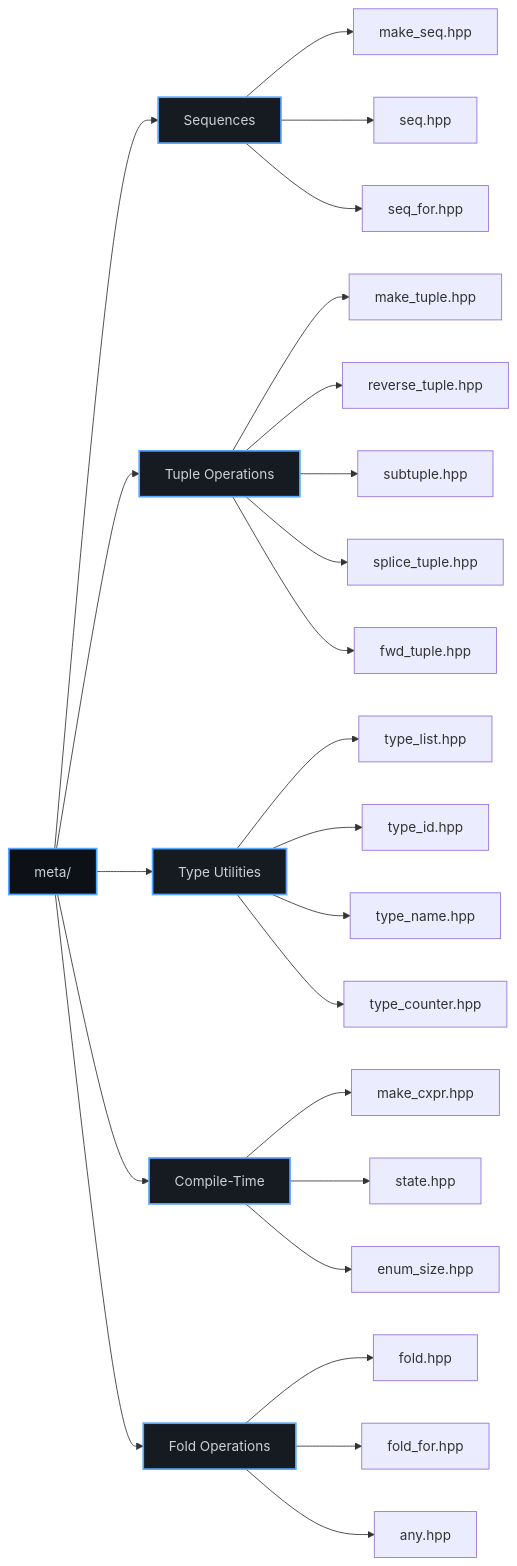
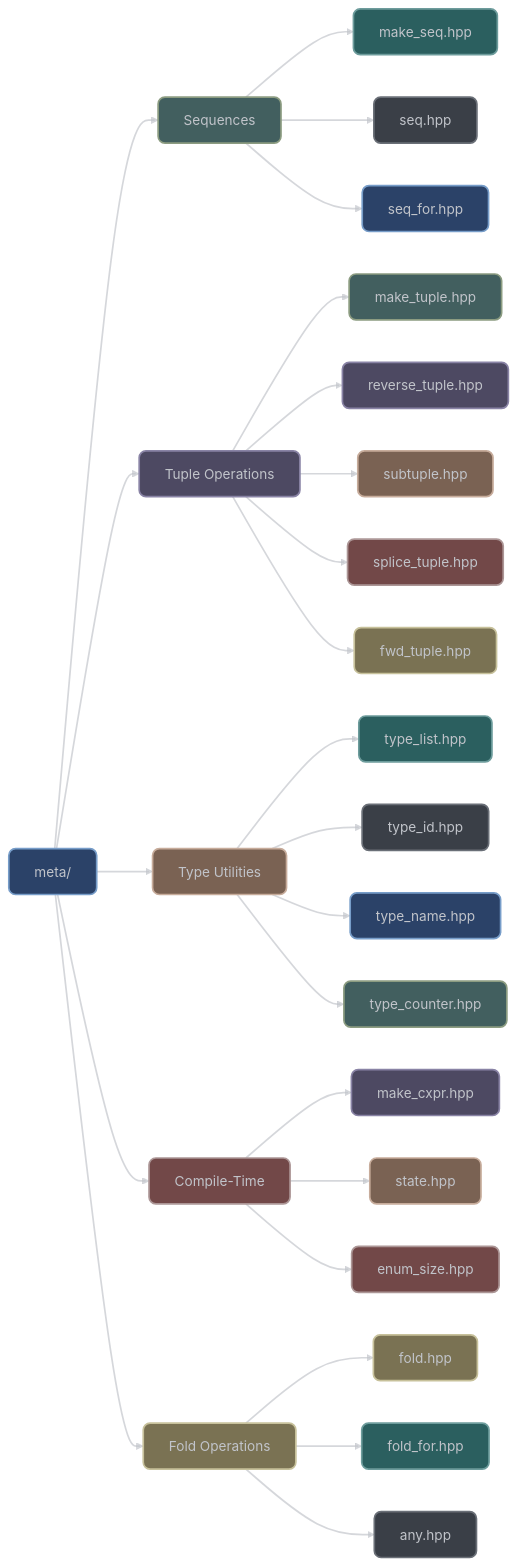
One commit to vorlac/xieite changed the first of 3 diagrams in docs/src/categories/meta/README.md. Above: the diagram before and after it, drawn with Mermaid. The commit also changed other lines of this file and 44 other files, not shown here.

````diff
--- a/docs/src/categories/meta/README.md
+++ b/docs/src/categories/meta/README.md
@@ -7,4 +7,33 @@
 ```mermaid
+---
+config:
+    theme: 'base'
+    curve: 'straight'
+    themeVariables:
+        darkMode: true
+        clusterBkg: '#22272f62'
+        clusterBorder: '#6a6f77ff'
+        clusterTextColor: '#6a6f77ff'
+        lineColor: '#C1C4CAAA'
+        background: '#262B33'
+        primaryColor: '#2b4268ff'
+        primaryTextColor: '#C1C4CAff'
+        primaryBorderColor: '#6a6f77ff'
+        primaryLabelBkg: '#262B33'
+        secondaryColor: '#425f5fff'
+        secondaryBorderColor: '#8c9c81ff'
+        secondaryTextColor: '#C1C4CAff'
+        tertiaryColor: '#4d4962ff'
+        tertiaryBorderColor: '#8983a5ff'
+        tertiaryTextColor: '#eeeeee55'
+        nodeTextColor: '#C1C4CA'
+        defaultLinkColor: '#C1C4CA'
+        edgeLabelBackground: '#262B33'
+        edgeLabelBorderColor: '#C1C4CA'
+        labelTextColor: '#C1C4CA'
+        errorBkgColor: '#724848ff'
+        errorTextColor: '#C1C4CA'
+---
 graph LR
     Meta[meta/]
 
@@ -37,10 +66,30 @@
     Fold --> fold_for[fold_for.hpp]
     Fold --> any[any.hpp]
 
-    style Meta fill:#0d1117,stroke:#58a6ff,stroke-width:2px,color:#c9d1d9
-    style Seq fill:#161b22,stroke:#58a6ff,stroke-width:2px,color:#c9d1d9
-    style Tuple fill:#161b22,stroke:#58a6ff,stroke-width:2px,color:#c9d1d9
-    style Type fill:#161b22,stroke:#58a6ff,stroke-width:2px,color:#c9d1d9
-    style Compile fill:#161b22,stroke:#58a6ff,stroke-width:2px,color:#c9d1d9
-    style Fold fill:#161b22,stroke:#58a6ff,stroke-width:2px,color:#c9d1d9
+linkStyle default stroke:#C1C4CAaa,stroke-width:2px,color:#C1C4CAaa
+
+style Meta fill:#2b4268ff,stroke:#779DC9ff,stroke-width:2px,color:#C1C4CA,rx:8,ry:8
+style Seq fill:#425f5fff,stroke:#8c9c81ff,stroke-width:2px,color:#C1C4CA,rx:8,ry:8
+style Tuple fill:#4d4962ff,stroke:#8983a5ff,stroke-width:2px,color:#C1C4CA,rx:8,ry:8
+style Type fill:#7a6253ff,stroke:#c7ac9bff,stroke-width:2px,color:#C1C4CA,rx:8,ry:8
+style Compile fill:#724848ff,stroke:#ac9696ff,stroke-width:2px,color:#C1C4CA,rx:8,ry:8
+style Fold fill:#7a7253ff,stroke:#c7c19bff,stroke-width:2px,color:#C1C4CA,rx:8,ry:8
+style make_seq fill:#2b5f5fff,stroke:#6d9c9cff,stroke-width:2px,color:#C1C4CA,rx:8,ry:8
+style seq fill:#3a3f47ff,stroke:#6a6f77ff,stroke-width:2px,color:#C1C4CA,rx:8,ry:8
+style seq_for fill:#2b4268ff,stroke:#779DC9ff,stroke-width:2px,color:#C1C4CA,rx:8,ry:8
+style make_tuple fill:#425f5fff,stroke:#8c9c81ff,stroke-width:2px,color:#C1C4CA,rx:8,ry:8
+style reverse_tuple fill:#4d4962ff,stroke:#8983a5ff,stroke-width:2px,color:#C1C4CA,rx:8,ry:8
+style subtuple fill:#7a6253ff,stroke:#c7ac9bff,stroke-width:2px,color:#C1C4CA,rx:8,ry:8
+style splice_tuple fill:#724848ff,stroke:#ac9696ff,stroke-width:2px,color:#C1C4CA,rx:8,ry:8
+style fwd_tuple fill:#7a7253ff,stroke:#c7c19bff,stroke-width:2px,color:#C1C4CA,rx:8,ry:8
+style type_list fill:#2b5f5fff,stroke:#6d9c9cff,stroke-width:2px,color:#C1C4CA,rx:8,ry:8
+style type_id fill:#3a3f47ff,stroke:#6a6f77ff,stroke-width:2px,color:#C1C4CA,rx:8,ry:8
+style type_name fill:#2b4268ff,stroke:#779DC9ff,stroke-width:2px,color:#C1C4CA,rx:8,ry:8
+style type_counter fill:#425f5fff,stroke:#8c9c81ff,stroke-width:2px,color:#C1C4CA,rx:8,ry:8
+style make_cxpr fill:#4d4962ff,stroke:#8983a5ff,stroke-width:2px,color:#C1C4CA,rx:8,ry:8
+style state fill:#7a6253ff,stroke:#c7ac9bff,stroke-width:2px,color:#C1C4CA,rx:8,ry:8
+style enum_size fill:#724848ff,stroke:#ac9696ff,stroke-width:2px,color:#C1C4CA,rx:8,ry:8
+style fold fill:#7a7253ff,stroke:#c7c19bff,stroke-width:2px,color:#C1C4CA,rx:8,ry:8
+style fold_for fill:#2b5f5fff,stroke:#6d9c9cff,stroke-width:2px,color:#C1C4CA,rx:8,ry:8
+style any fill:#3a3f47ff,stroke:#6a6f77ff,stroke-width:2px,color:#C1C4CA,rx:8,ry:8
 ```
````
